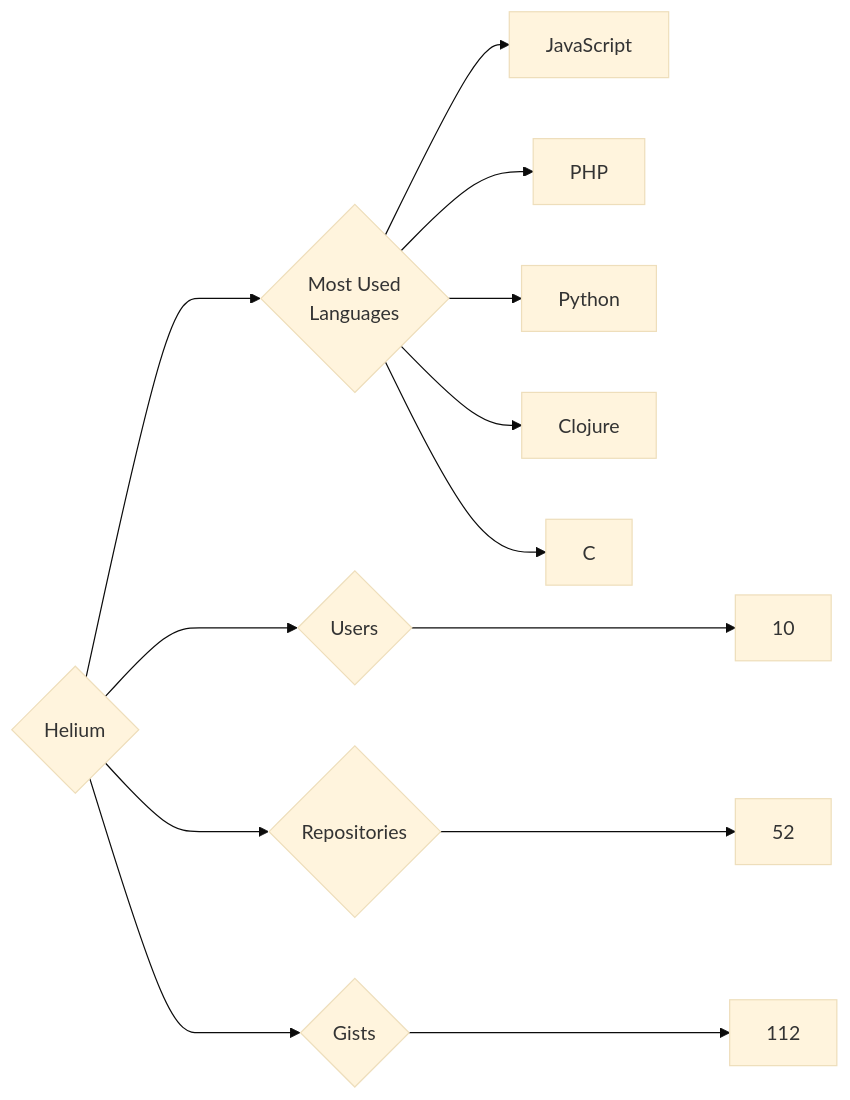
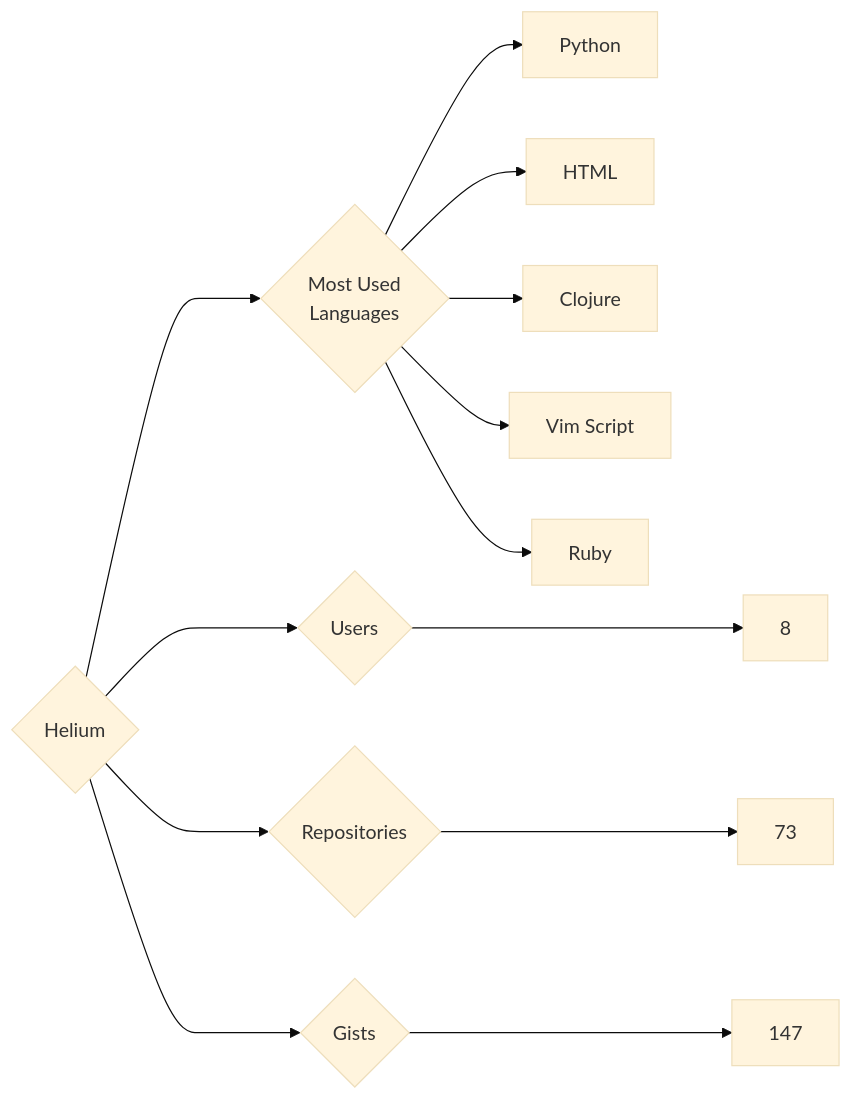
The diagram in targets/Helium/README.md (trickest/insiders), drawn with Mermaid (base theme) before and after one commit. The commit also changed 1084 other files, not shown here.

````diff
--- a/targets/Helium/README.md
+++ b/targets/Helium/README.md
@@ -3,13 +3,13 @@
 ```mermaid
 graph LR
 COMPANY_NAME{Helium}
-COMPANY_NAME ---> U{Users} ---> UN[10]
-COMPANY_NAME ---> R{Repositories} ---> RN[52]
-COMPANY_NAME ---> G{Gists} ---> GN[112]
+COMPANY_NAME ---> U{Users} ---> UN[8]
+COMPANY_NAME ---> R{Repositories} ---> RN[73]
+COMPANY_NAME ---> G{Gists} ---> GN[147]
 COMPANY_NAME ---> ML{Most Used<br>Languages}
-ML --> JavaScript[JavaScript]
-ML --> PHP[PHP]
 ML --> Python[Python]
+ML --> HTML[HTML]
 ML --> Clojure[Clojure]
-ML --> C[C]
+ML --> Vim_Script[Vim Script]
+ML --> Ruby[Ruby]
 ```
````
